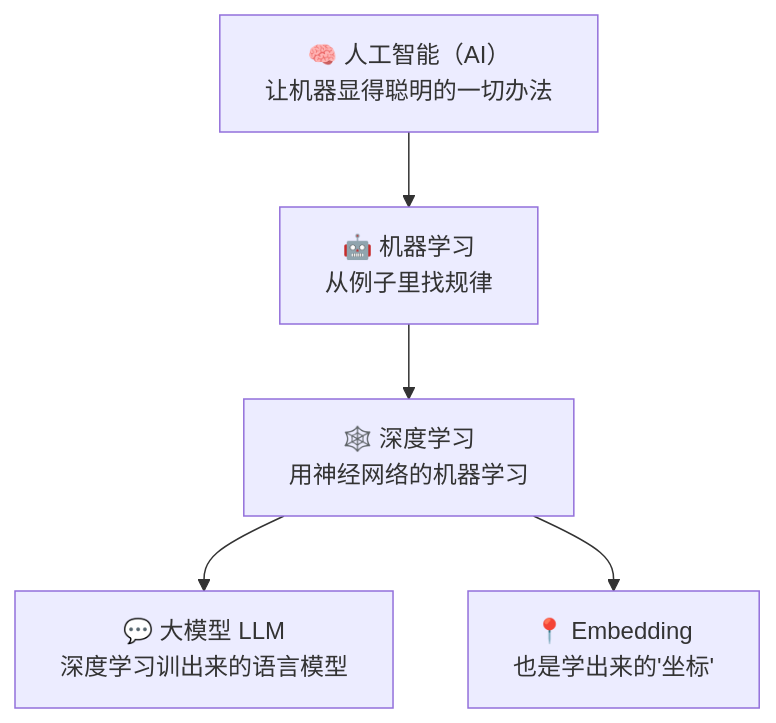
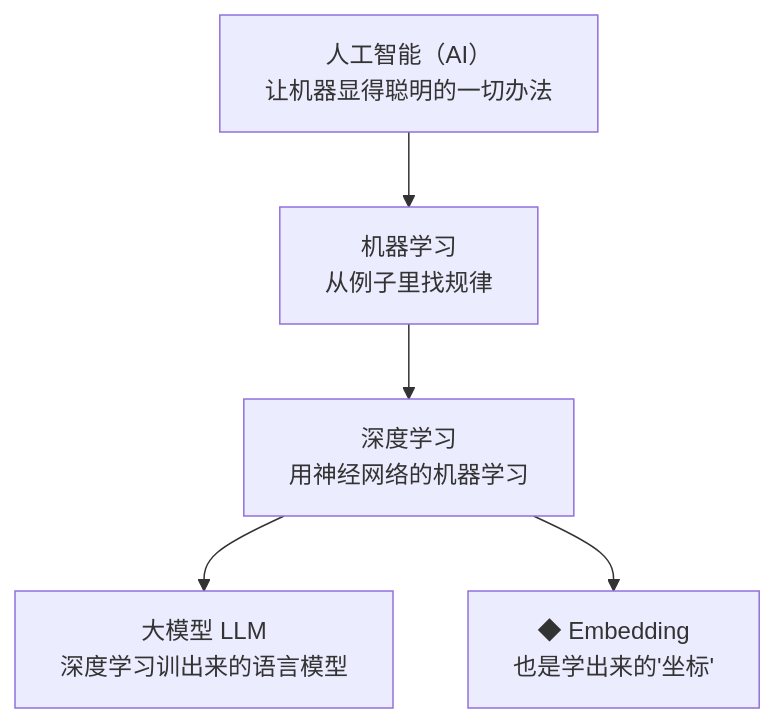
Before and after one commit to luckykhy/KhyAiHub: the sixth of 6 diagrams in docs/02_CONCEPTS_概念入门/CONCEPT/[CONCEPT-12] 什么是机器学习-MachineLearning.md, drawn with Mermaid. The commit also changed other lines of this file and 19 other files, not shown here.

````diff
--- a/docs/02_CONCEPTS_概念入门/CONCEPT/[CONCEPT-12] 什么是机器学习-MachineLearning.md
+++ b/docs/02_CONCEPTS_概念入门/CONCEPT/[CONCEPT-12] 什么是机器学习-MachineLearning.md
@@ -278,12 +278,12 @@
 ```mermaid
 flowchart TB
-  AI["🧠 人工智能（AI）<br/>让机器显得聪明的一切办法"]
-  ML["🤖 机器学习<br/>从例子里找规律"]
-  DL["🕸️ 深度学习<br/>用神经网络的机器学习"]
-  LLM["💬 大模型 LLM<br/>深度学习训出来的语言模型"]
-  EMB["📍 Embedding<br/>也是学出来的'坐标'"]
+  AI["人工智能（AI）<br/>让机器显得聪明的一切办法"]
+  ML["机器学习<br/>从例子里找规律"]
+  DL["深度学习<br/>用神经网络的机器学习"]
+  LLM["大模型 LLM<br/>深度学习训出来的语言模型"]
+  EMB["◆ Embedding<br/>也是学出来的'坐标'"]
   AI --> ML
   ML --> DL
   DL --> LLM
   DL --> EMB
 ```
````
